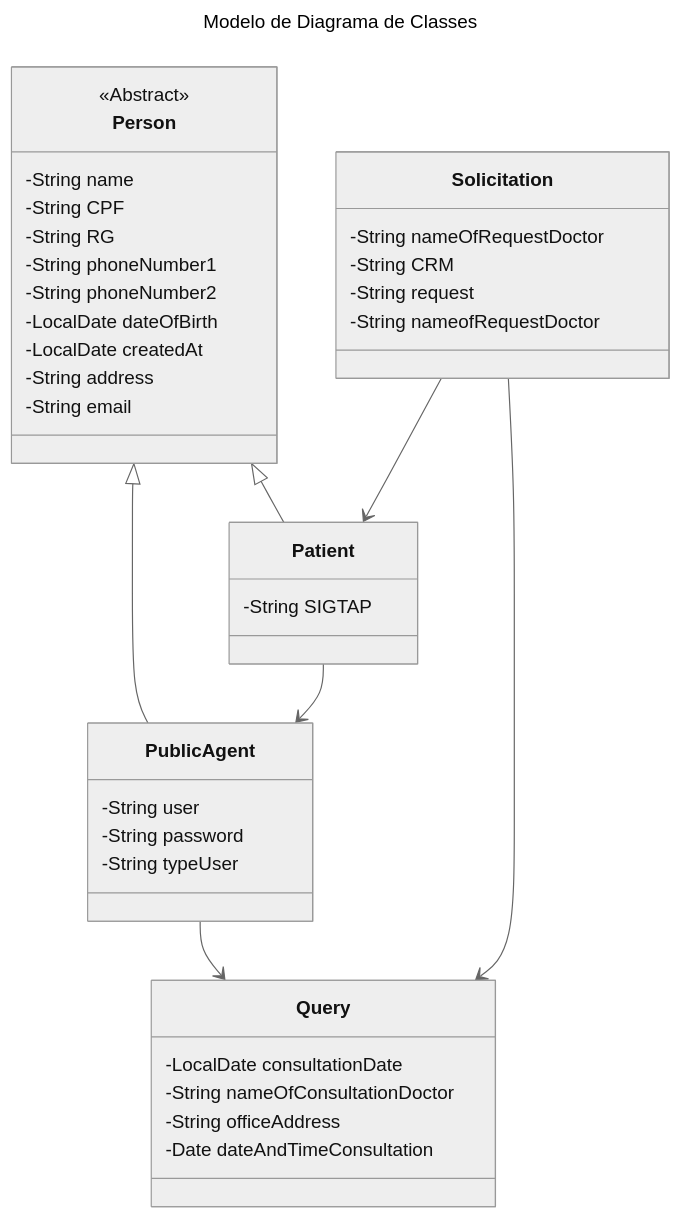
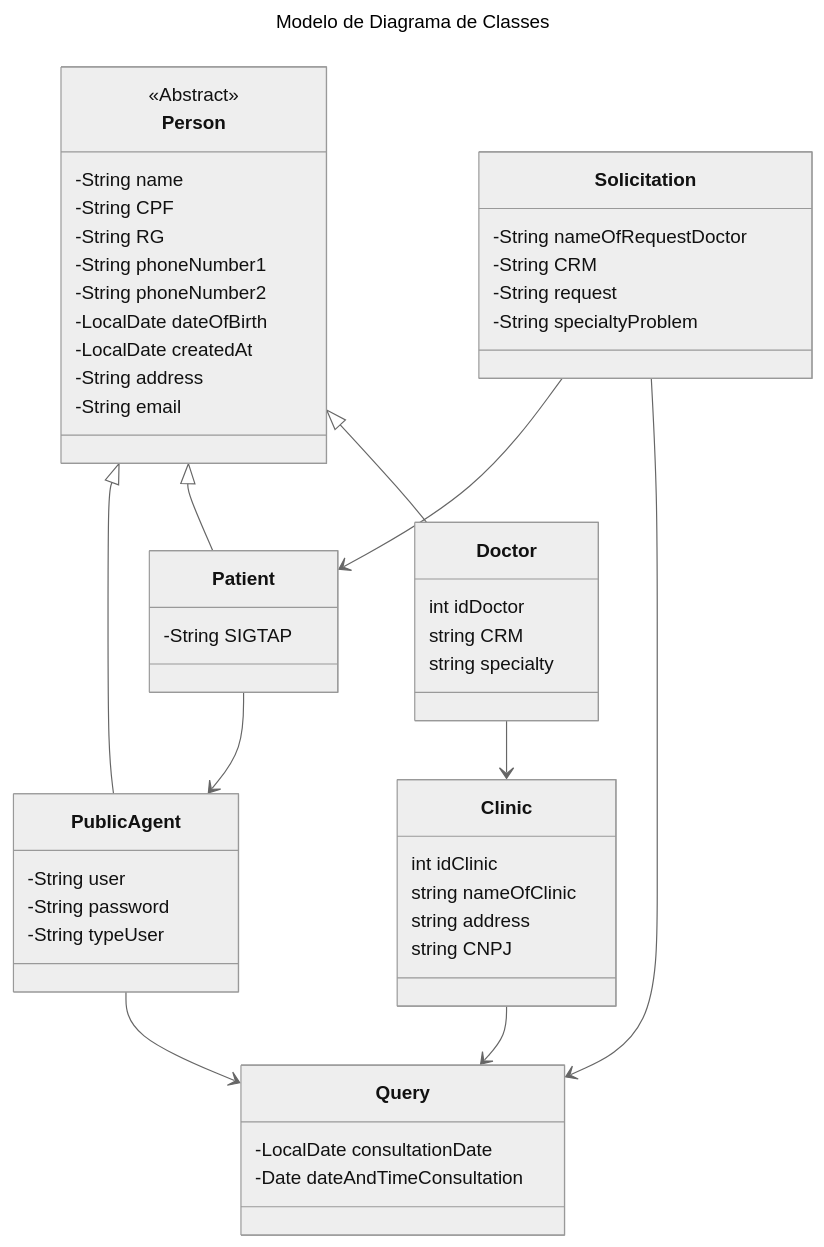
The first of 2 diagrams in README.md (FelipeMareira/oxe_marquei_lp2), drawn with Mermaid (neutral theme) before and after one commit. The commit also changed other lines of this file and 4 other files, not shown here.

````diff
--- a/README.md
+++ b/README.md
@@ -88,49 +88,62 @@
 ```mermaid
 ---
     title: Modelo de Diagrama de Classes
 ---
 classDiagram
     class Person {
         <<Abstract>> 
         -String name
         -String CPF
         -String RG
         -String phoneNumber1
         -String phoneNumber2
         -LocalDate dateOfBirth
         -LocalDate createdAt
         -String address
         -String email
-
     }
 
     Person <|-- PublicAgent
     Patient --> PublicAgent
     class PublicAgent {
         -String user
         -String password
         -String typeUser
     }
 
     Person <|-- Patient
     class Patient {
         -String SIGTAP
     }
+    class Clinic {
+        int idClinic
+        string nameOfClinic
+        string address
+        string CNPJ
+    } 
+
+    Person <|-- Doctor
+    Doctor --> Clinic
+    class Doctor {
+        int idDoctor
+        string CRM
+        string specialty
+    }
+
     
     Solicitation --> Patient
     class Solicitation {
         -String nameOfRequestDoctor
         -String CRM
         -String request
-        -String nameofRequestDoctor
+        -String specialtyProblem
     }
 
     PublicAgent --> Query
     Solicitation --> Query
+    Clinic --> Query
     class Query {
         -LocalDate consultationDate
-        -String nameOfConsultationDoctor
-        -String officeAddress
         -Date dateAndTimeConsultation
     }
 ```
````
